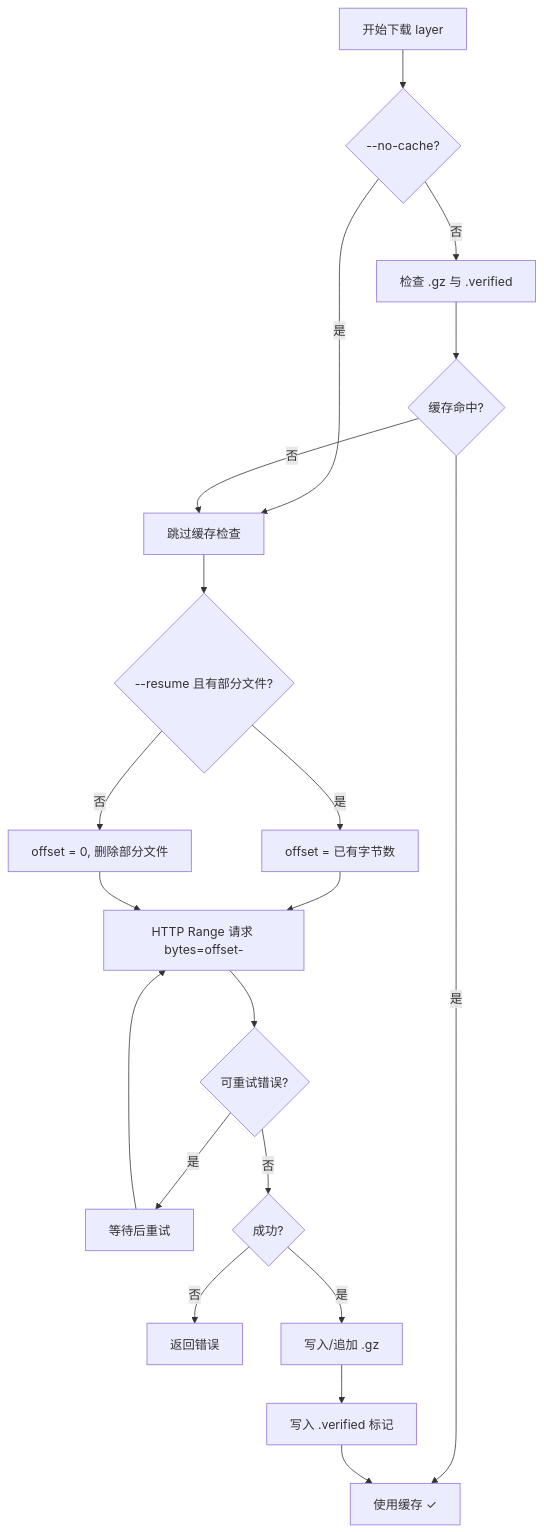
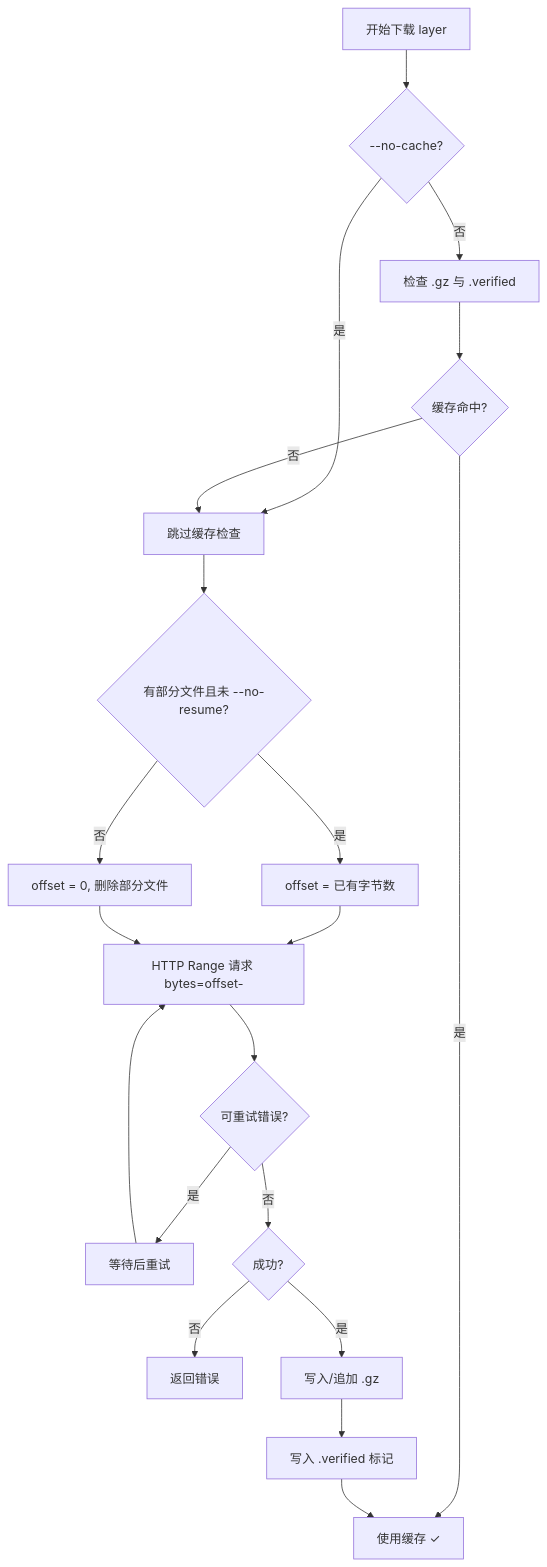
Before and after one commit to AspartameJ/imgp: the second of 4 diagrams in README.md, drawn with Mermaid. The commit also changed other lines of this file and 3 other files, not shown here.

````diff
--- a/README.md
+++ b/README.md
@@ -70,22 +70,22 @@
 ```mermaid
 flowchart TD
     A[开始下载 layer] --> B{--no-cache?}
     B -- 是 --> D[跳过缓存检查]
     B -- 否 --> C[检查 .gz 与 .verified]
     C --> E{缓存命中?}
     E -- 是 --> F[使用缓存 ✓]
     E -- 否 --> D
-    D --> G{--resume 且有部分文件?}
+    D --> G{有部分文件且未 --no-resume?}
     G -- 是 --> H[offset = 已有字节数]
     G -- 否 --> I[offset = 0, 删除部分文件]
     H --> J[HTTP Range 请求 bytes=offset-]
     I --> J
     J --> K{可重试错误?}
     K -- 是 --> L[等待后重试]
     L --> J
     K -- 否 --> M{成功?}
     M -- 否 --> N[返回错误]
     M -- 是 --> O[写入/追加 .gz]
     O --> P[写入 .verified 标记]
     P --> F
 ```
````
